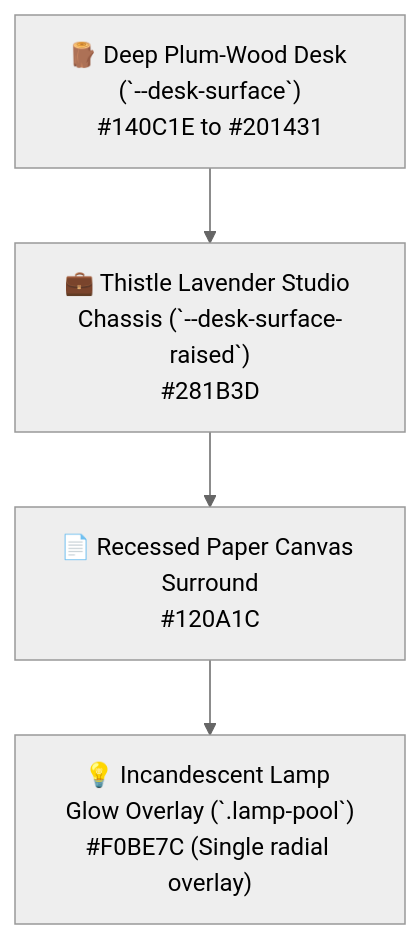
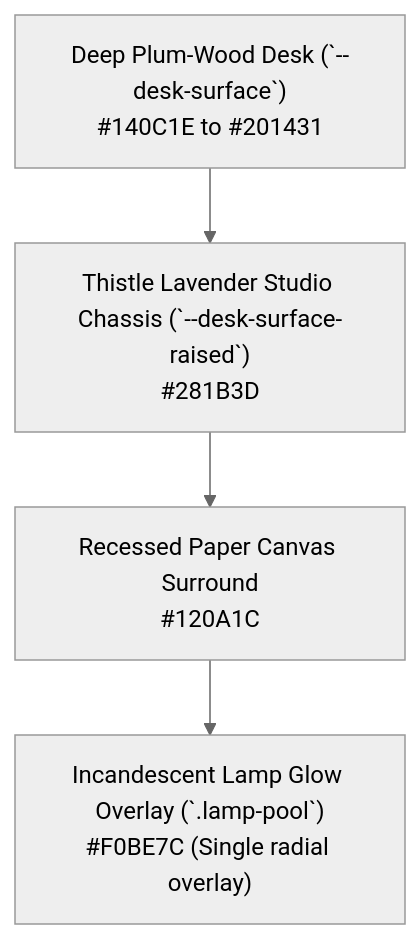
Before and after one commit to lxcario/PixiBun: the first of 5 diagrams in DESIGN.md, drawn with Mermaid (neutral theme). The commit also changed other lines of this file and 18 other files, not shown here.

````diff
--- a/DESIGN.md
+++ b/DESIGN.md
@@ -18,6 +18,6 @@
 ```mermaid
 graph TD
-    Desk["🪵 Deep Plum-Wood Desk (`--desk-surface`)<br/>#140C1E to #201431"] --> Chassis["💼 Thistle Lavender Studio Chassis (`--desk-surface-raised`)<br/>#281B3D"]
-    Chassis --> Viewport["📄 Recessed Paper Canvas Surround<br/>#120A1C"]
-    Viewport --> Lamp["💡 Incandescent Lamp Glow Overlay (`.lamp-pool`)<br/>#F0BE7C (Single radial overlay)"]
+    Desk[" Deep Plum-Wood Desk (`--desk-surface`)<br/>#140C1E to #201431"] --> Chassis[" Thistle Lavender Studio Chassis (`--desk-surface-raised`)<br/>#281B3D"]
+    Chassis --> Viewport[" Recessed Paper Canvas Surround<br/>#120A1C"]
+    Viewport --> Lamp[" Incandescent Lamp Glow Overlay (`.lamp-pool`)<br/>#F0BE7C (Single radial overlay)"]
 ```
````
